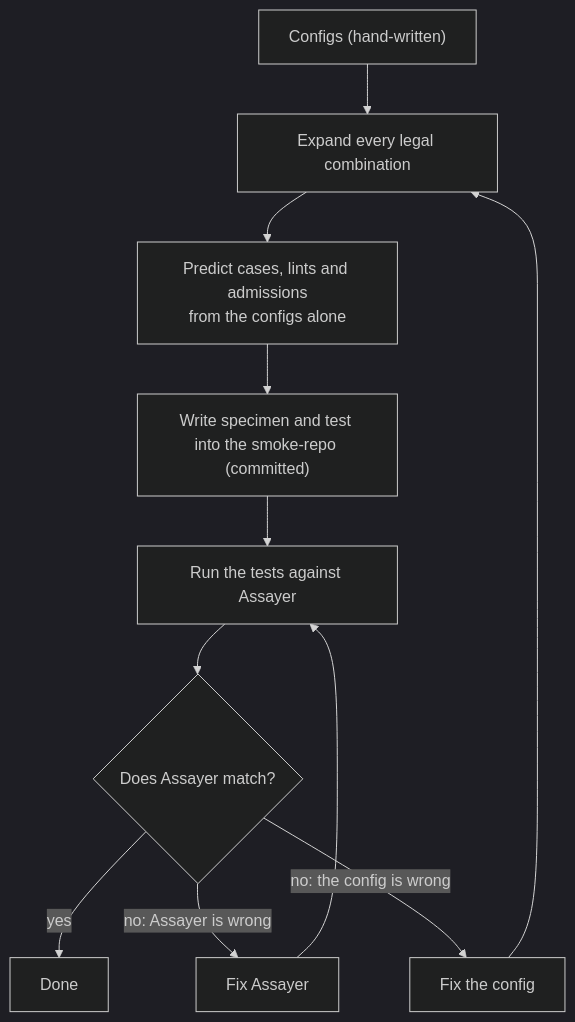
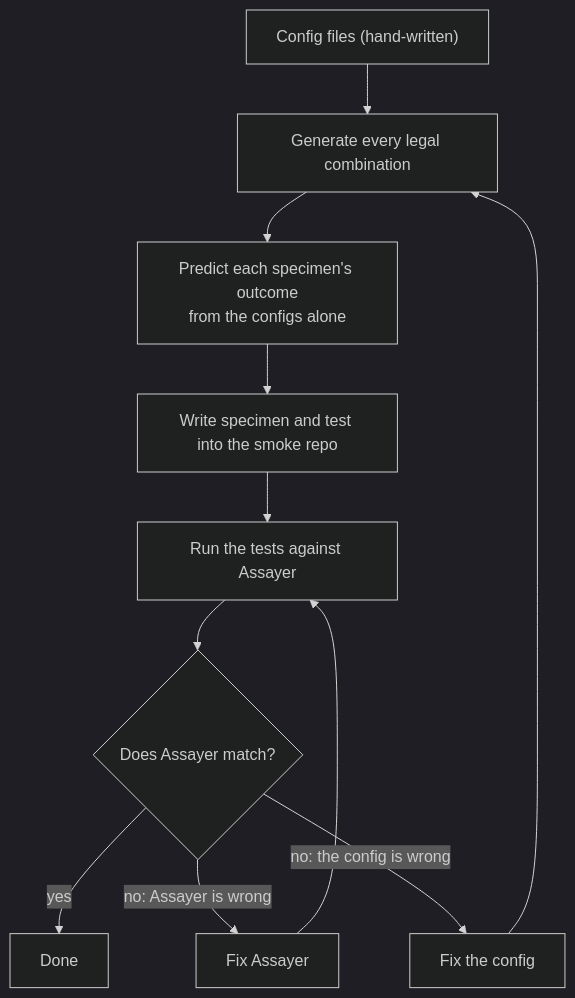
One commit to StupidIncarnate/assayer changed the diagram in scrolls/specimen-generator/PLAN.md. Above: the diagram before and after it, drawn with Mermaid (dark theme). The commit also changed other lines of this file and 13 other files, not shown here.

````diff
--- a/scrolls/specimen-generator/PLAN.md
+++ b/scrolls/specimen-generator/PLAN.md
@@ -53,13 +106,13 @@
 ```mermaid
 flowchart TD
-  A["Configs (hand-written)"] --> B["Expand every legal combination"]
-  B --> C["Predict cases, lints and admissions<br/>from the configs alone"]
-  C --> D["Write specimen and test into the smoke-repo (committed)"]
+  A["Config files (hand-written)"] --> B["Generate every legal combination"]
+  B --> C["Predict each specimen's outcome<br/>from the configs alone"]
+  C --> D["Write specimen and test into the smoke repo"]
   D --> E["Run the tests against Assayer"]
   E --> F{"Does Assayer match?"}
   F -- yes --> G["Done"]
   F -- "no: Assayer is wrong" --> H["Fix Assayer"]
   F -- "no: the config is wrong" --> I["Fix the config"]
   H --> E
   I --> B
 ```
````
